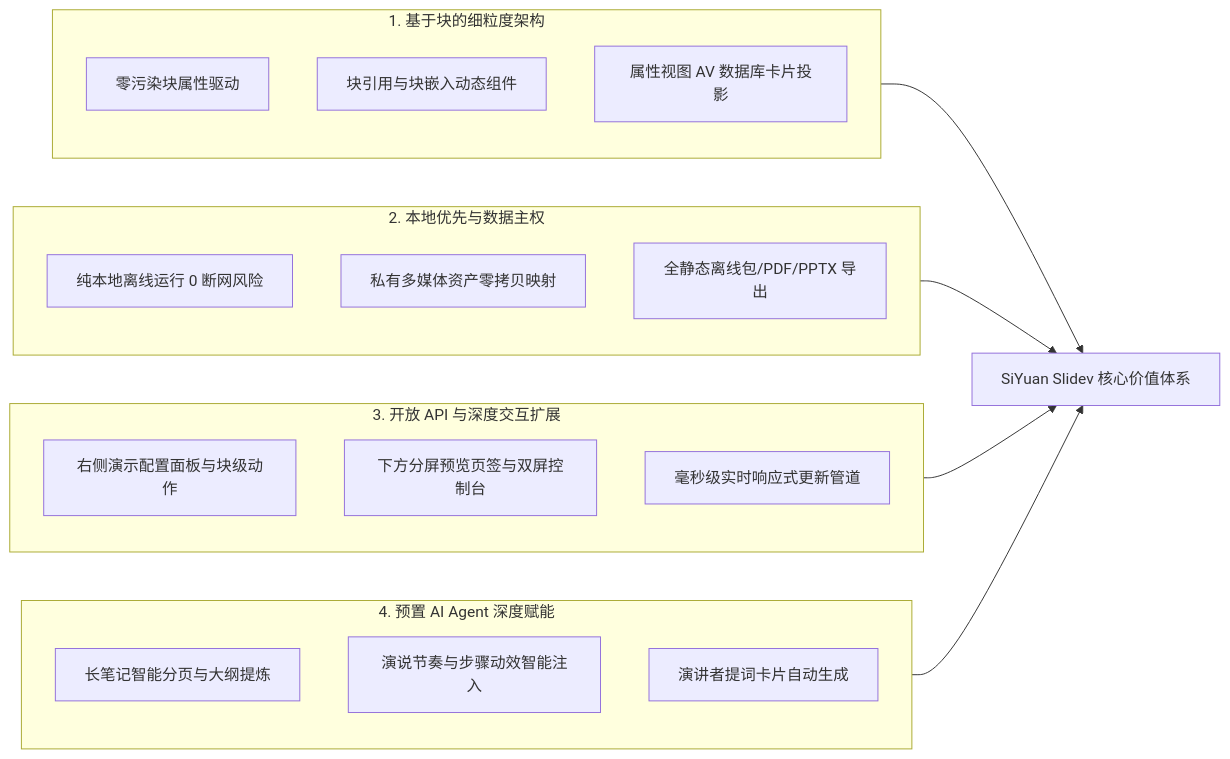
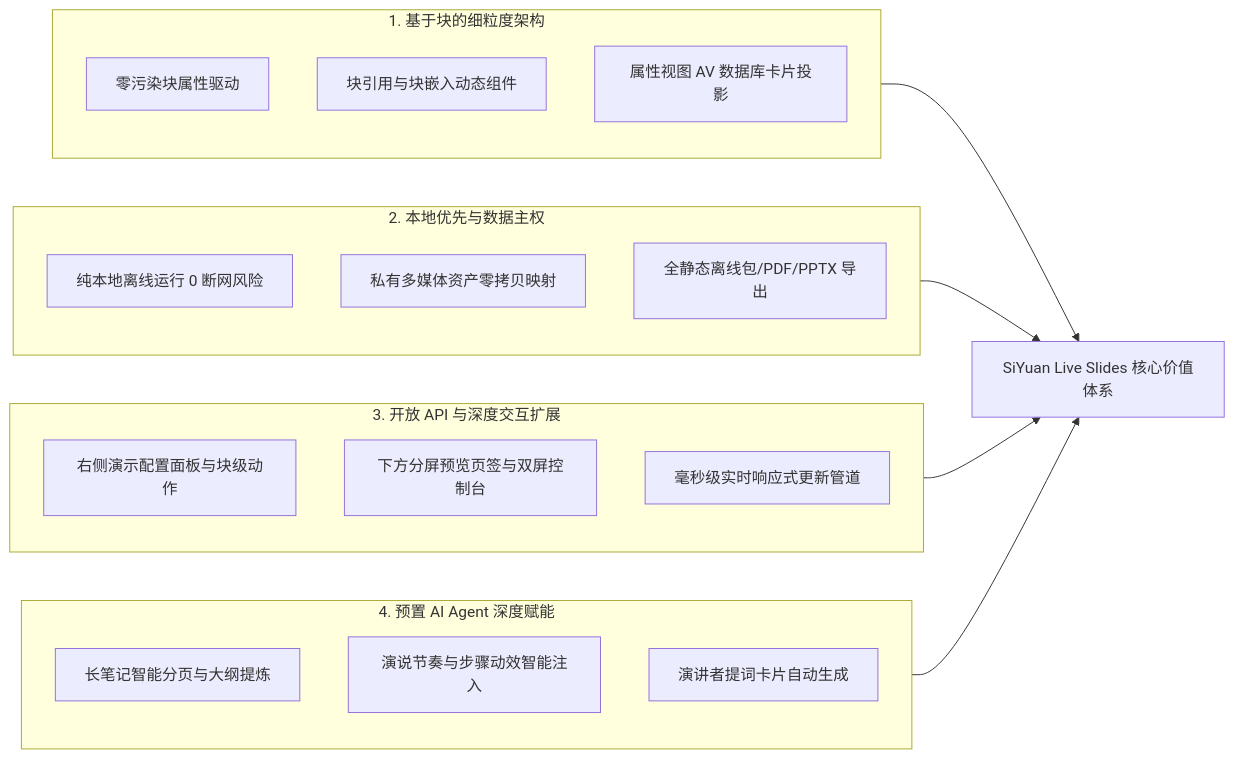
One commit to famotime/siyuan-live-slides changed the first of 2 diagrams in docs/关键特性规划、使用场景与用户价值深度设计.md. Above: the diagram before and after it, drawn with Mermaid. The commit also changed other lines of this file and 175 other files, not shown here.

First line of the commit message:
refactor(core): 插件整体重命名为 siyuan-live-slides（即现）并迁移自定义属性协议

````diff
--- a/docs/关键特性规划、使用场景与用户价值深度设计.md
+++ b/docs/关键特性规划、使用场景与用户价值深度设计.md
@@ -9,31 +9,31 @@
 ```mermaid
 graph LR
     subgraph S1[1. 基于块的细粒度架构]
         B1[零污染块属性驱动]
         B2[块引用与块嵌入动态组件]
         B3[属性视图 AV 数据库卡片投影]
     end
 
     subgraph S2[2. 本地优先与数据主权]
         L1[纯本地离线运行 0 断网风险]
         L2[私有多媒体资产零拷贝映射]
         L3[全静态离线包/PDF/PPTX 导出]
     end
 
     subgraph S3[3. 开放 API 与深度交互扩展]
         A1[右侧演示配置面板与块级动作]
         A2[下方分屏预览页签与双屏控制台]
         A3[毫秒级实时响应式更新管道]
     end
 
     subgraph S4[4. 预置 AI Agent 深度赋能]
         AI1[长笔记智能分页与大纲提炼]
         AI2[演说节奏与步骤动效智能注入]
         AI3[演讲者提词卡片自动生成]
     end
 
-    S1 --> CoreValue[SiYuan Slidev 核心价值体系]
+    S1 --> CoreValue[SiYuan Live Slides 核心价值体系]
     S2 --> CoreValue
     S3 --> CoreValue
     S4 --> CoreValue
 ```
````
